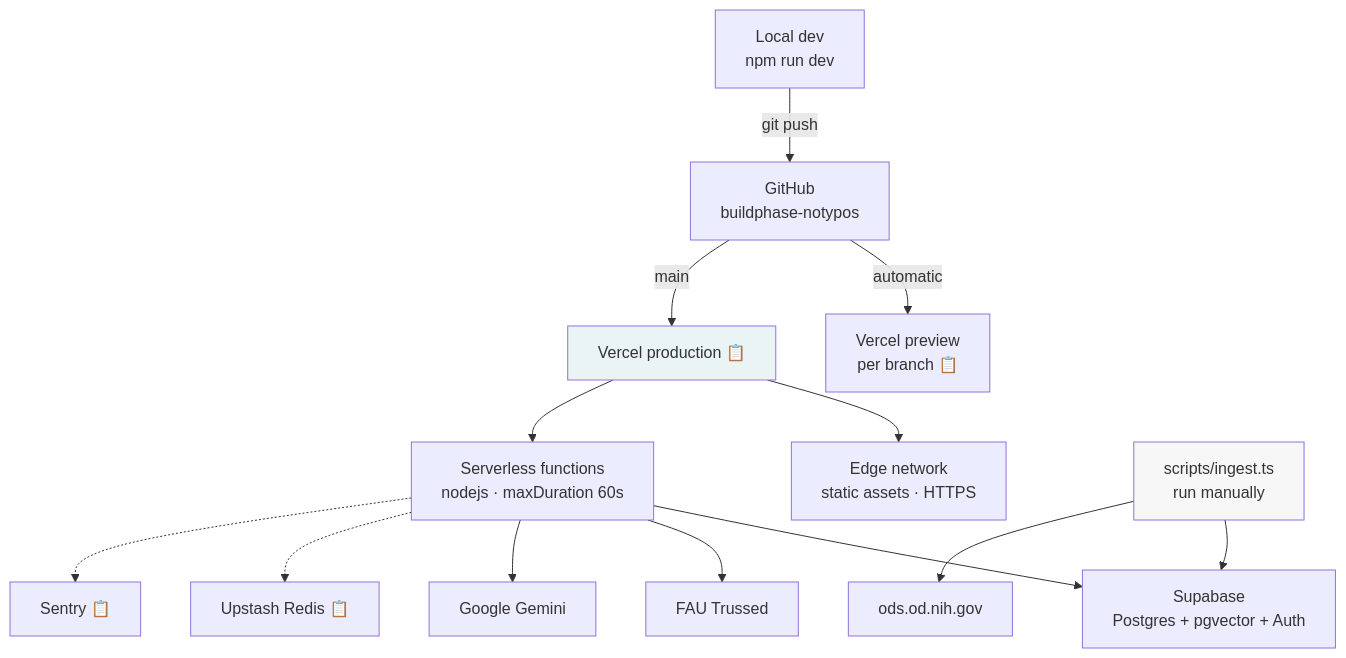
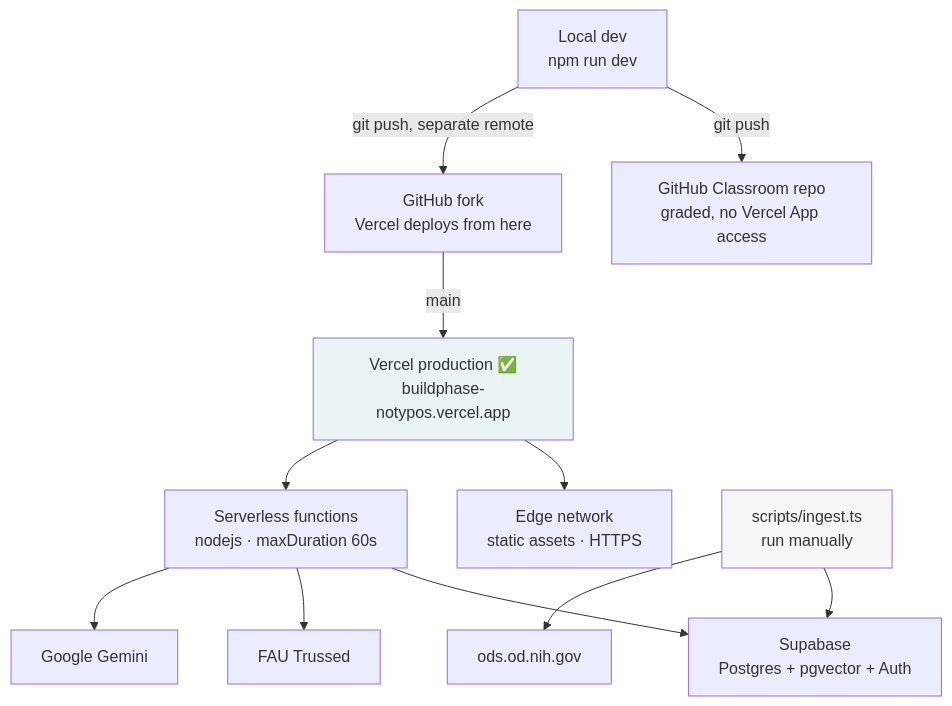
One commit to notypos/buildphase-notypos-deploy changed the eighth of 8 diagrams in design.md. Above: the diagram before and after it, drawn with Mermaid. The commit also changed other lines of this file and 13 other files, not shown here.

````diff
--- a/design.md
+++ b/design.md
@@ -547,21 +565,19 @@
 ```mermaid
 graph TB
-    DEV["Local dev<br/>npm run dev"] -->|git push| GH["GitHub<br/>buildphase-notypos"]
-    GH -->|automatic| PRE["Vercel preview<br/>per branch 📋"]
-    GH -->|main| PROD["Vercel production 📋"]
+    DEV["Local dev<br/>npm run dev"] -->|git push| GH2["GitHub Classroom repo<br/>graded, no Vercel App access"]
+    DEV -->|git push, separate remote| GHF["GitHub fork<br/>Vercel deploys from here"]
+    GHF -->|main| PROD["Vercel production ✅<br/>buildphase-notypos.vercel.app"]
 
     PROD --> EDGE["Edge network<br/>static assets · HTTPS"]
     PROD --> FN["Serverless functions<br/>nodejs · maxDuration 60s"]
 
     FN --> SB["Supabase<br/>Postgres + pgvector + Auth"]
     FN --> TRU["FAU Trussed"]
     FN --> GEM["Google Gemini"]
-    FN -.-> RED["Upstash Redis 📋"]
-    FN -.-> SEN["Sentry 📋"]
 
     ING["scripts/ingest.ts<br/>run manually"] --> SB
     ING --> ODS["ods.od.nih.gov"]
 
     style PROD fill:#EAF4F5
     style ING fill:#F7F7F7
 ```
````
